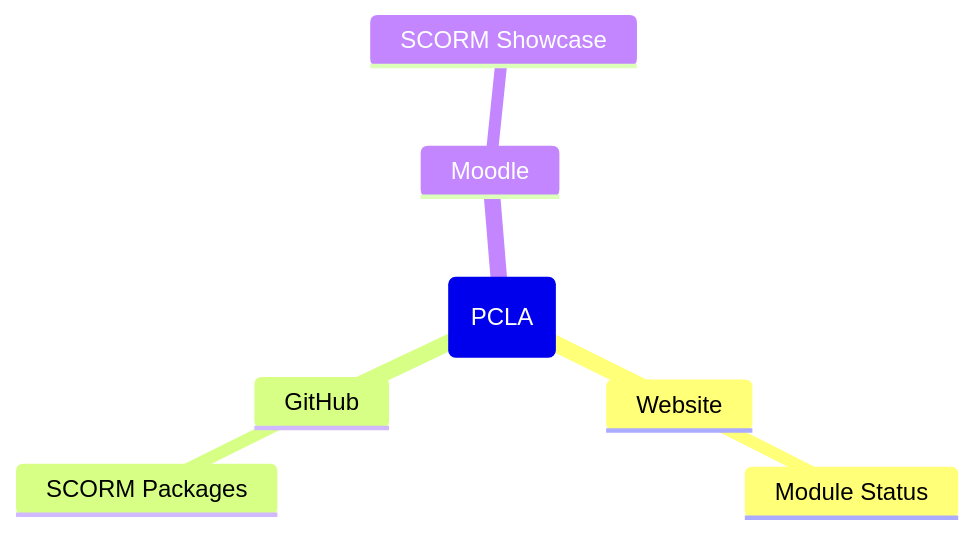
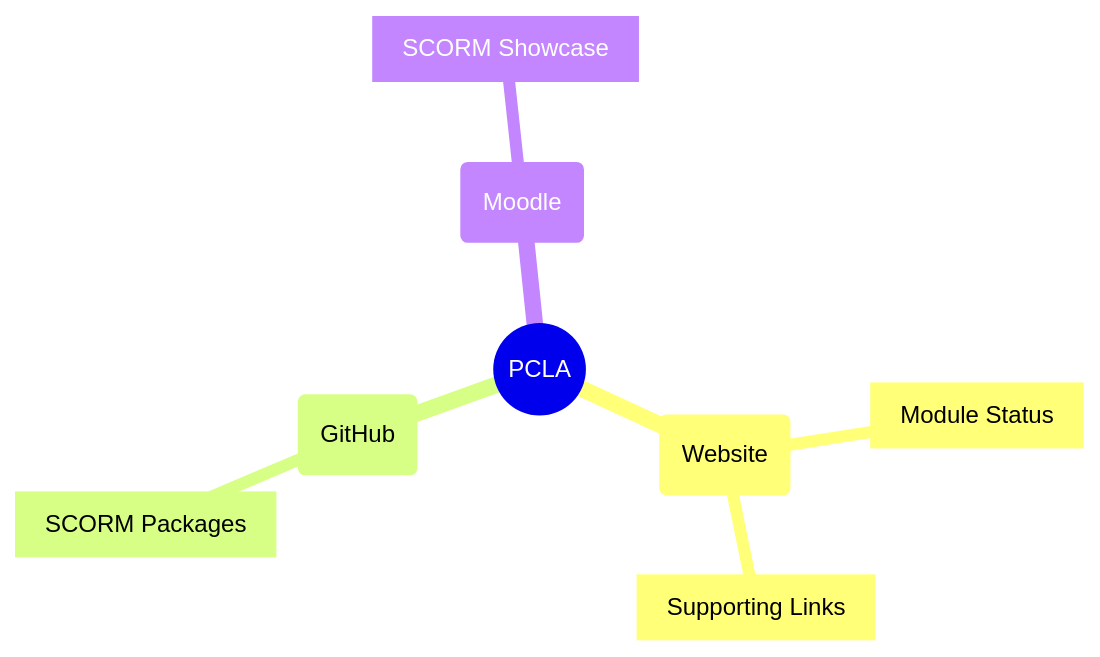
One commit to jctmcclain/pcla-juniata-repo changed the diagram in projectmap.md. Above: the diagram before and after it, drawn with Mermaid.

Commit message:
Custom Shapes
The FA icons need to be downloaded and added as a resource.

````diff
--- a/projectmap.md
+++ b/projectmap.md
@@ -14,14 +14,11 @@
 ```mermaid
 mindmap
-	root(PCLA)
-	::icon(fa fa-book)
-		Website 
-		::icon(fa fa-globe)
-			Module Status
-		GitHub
-		::icon(fab fa-github-square)
-			SCORM Packages
-		Moodle
-		::icon(fa fas fa-graduation-cap)
-			SCORM Showcase
+	root((PCLA))
+		(Website)
+			[Module Status]
+			[Supporting Links]
+		(GitHub)
+			[SCORM Packages]
+		(Moodle)
+			[SCORM Showcase]
 ```
````
